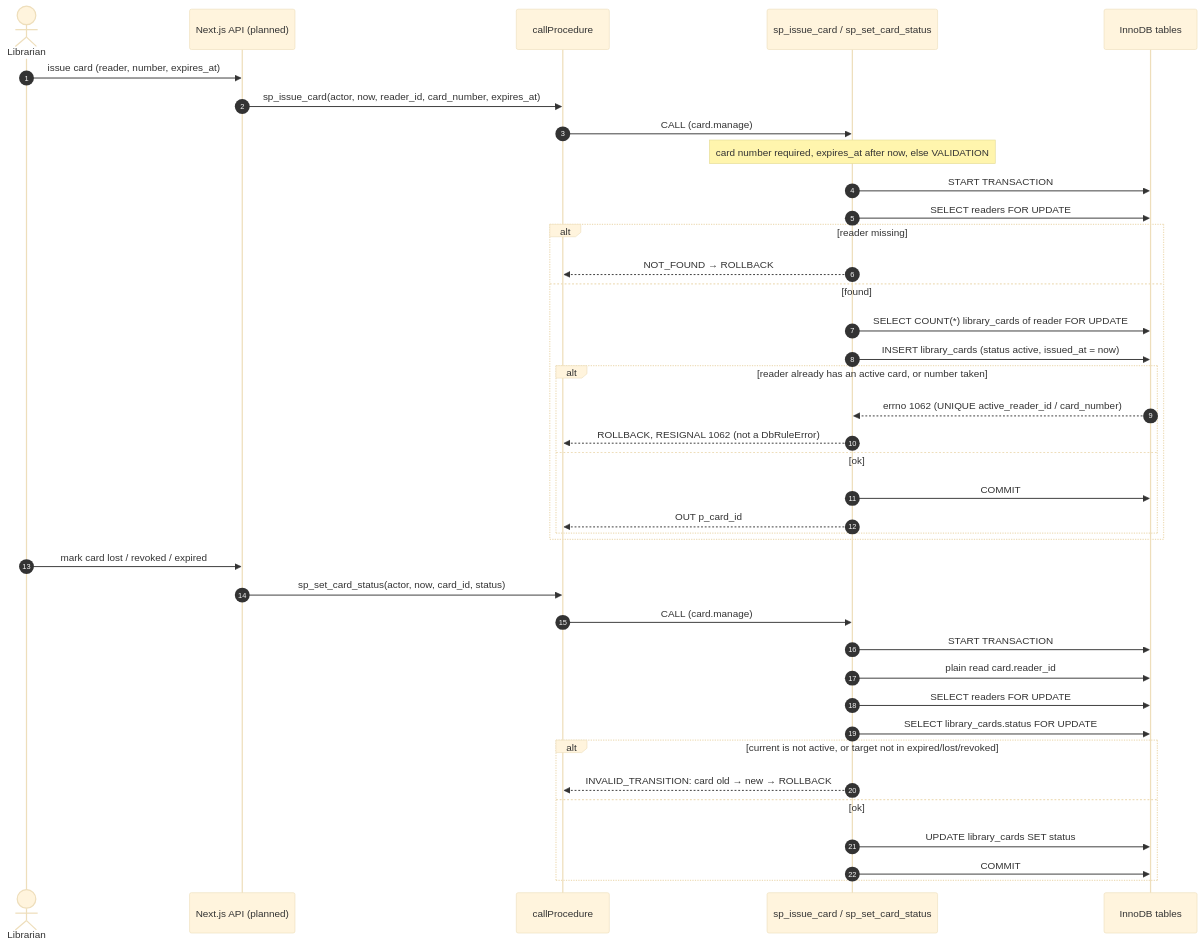
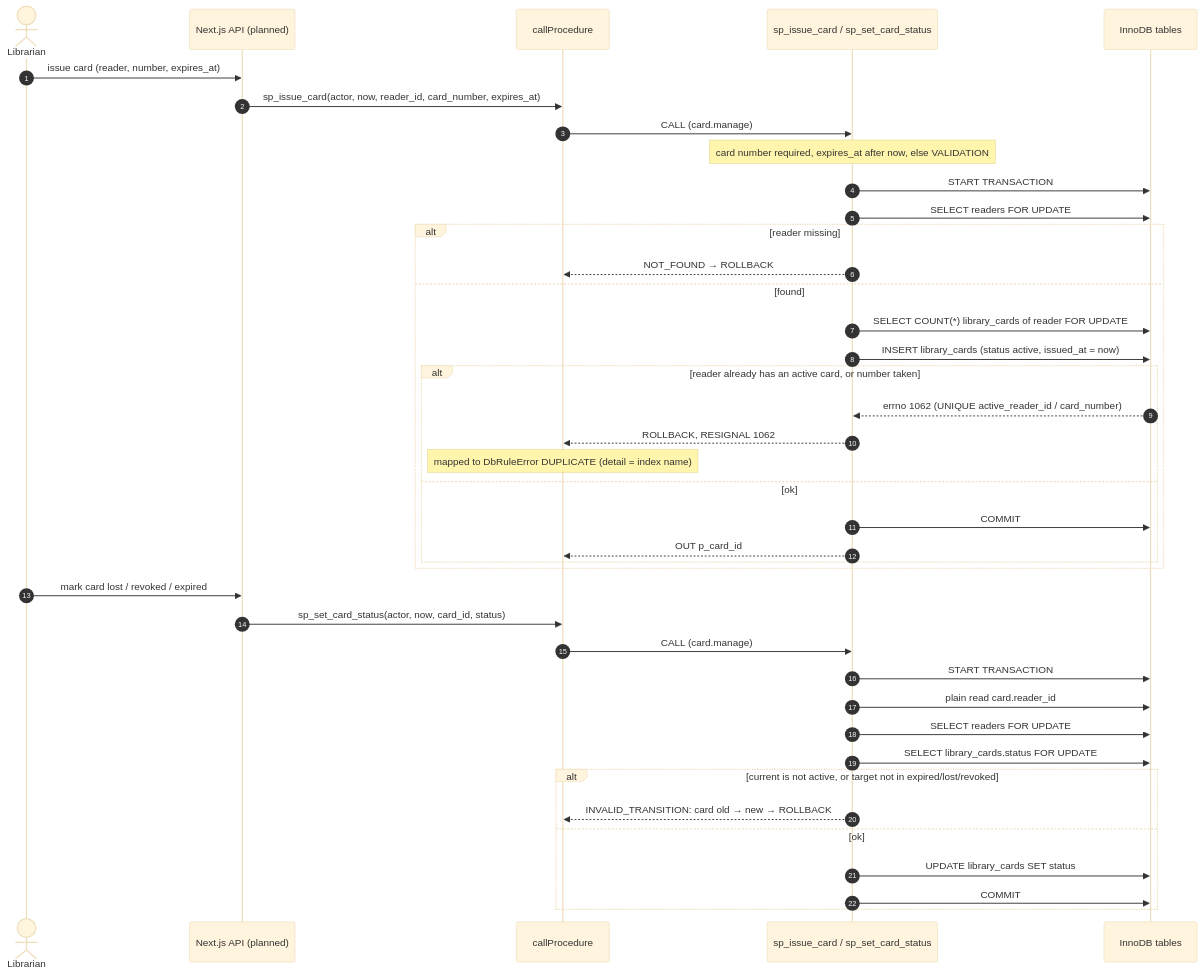
Before and after one commit to ThinhLC/uitlib: the ninth of 19 diagrams in ARCHITECTURE.md, drawn with Mermaid (base theme). The commit also changed other lines of this file and 11 other files, not shown here.

````diff
--- a/ARCHITECTURE.md
+++ b/ARCHITECTURE.md
@@ -851,43 +855,44 @@
 ```mermaid
 sequenceDiagram
     autonumber
     actor Librarian
     participant App as Next.js API (planned)
     participant CP as callProcedure
     participant SP as sp_issue_card / sp_set_card_status
     participant DB as InnoDB tables
 
     Librarian->>App: issue card (reader, number, expires_at)
     App->>CP: sp_issue_card(actor, now, reader_id, card_number, expires_at)
     CP->>SP: CALL (card.manage)
     Note over SP: card number required, expires_at after now, else VALIDATION
     SP->>DB: START TRANSACTION
     SP->>DB: SELECT readers FOR UPDATE
     alt reader missing
         SP-->>CP: NOT_FOUND → ROLLBACK
     else found
         SP->>DB: SELECT COUNT(*) library_cards of reader FOR UPDATE
         SP->>DB: INSERT library_cards (status active, issued_at = now)
         alt reader already has an active card, or number taken
             DB-->>SP: errno 1062 (UNIQUE active_reader_id / card_number)
-            SP-->>CP: ROLLBACK, RESIGNAL 1062 (not a DbRuleError)
+            SP-->>CP: ROLLBACK, RESIGNAL 1062
+            Note over CP: mapped to DbRuleError DUPLICATE (detail = index name)
         else ok
             SP->>DB: COMMIT
             SP-->>CP: OUT p_card_id
         end
     end
 
     Librarian->>App: mark card lost / revoked / expired
     App->>CP: sp_set_card_status(actor, now, card_id, status)
     CP->>SP: CALL (card.manage)
     SP->>DB: START TRANSACTION
     SP->>DB: plain read card.reader_id
     SP->>DB: SELECT readers FOR UPDATE
     SP->>DB: SELECT library_cards.status FOR UPDATE
     alt current is not active, or target not in expired/lost/revoked
         SP-->>CP: INVALID_TRANSITION: card old → new → ROLLBACK
     else ok
         SP->>DB: UPDATE library_cards SET status
         SP->>DB: COMMIT
     end
 ```
````
